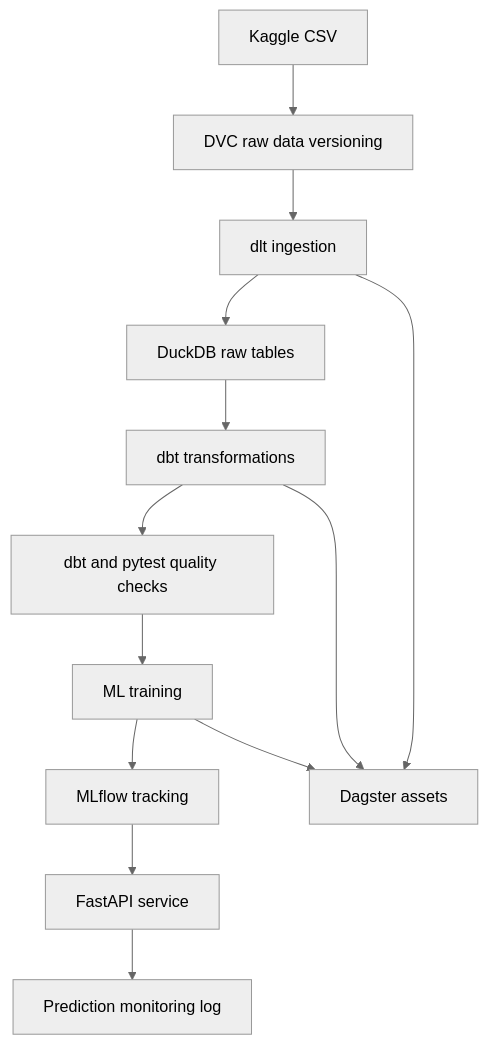
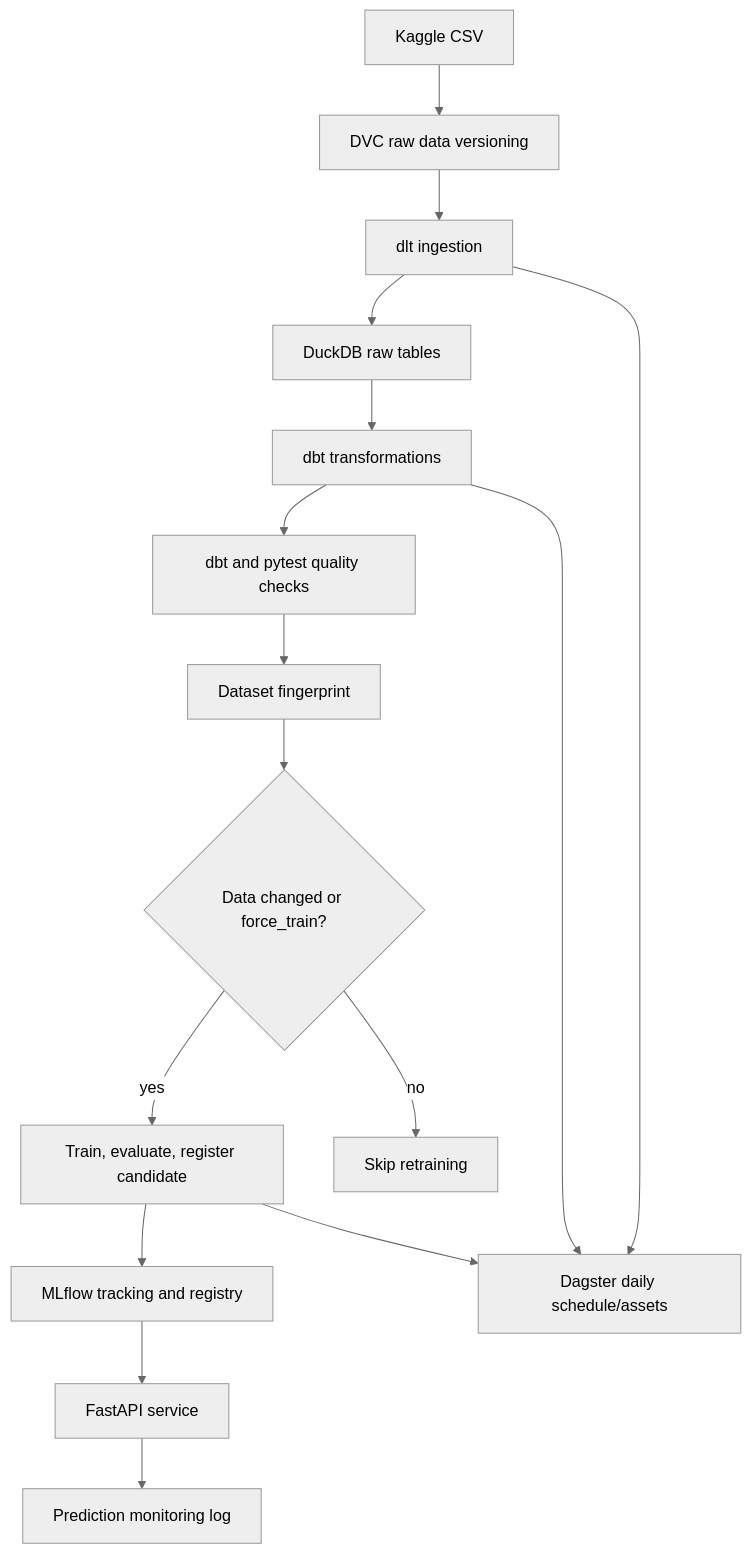
One commit to Bahriilhame/Mlops-Project changed the diagram in README.md. Above: the diagram before and after it, drawn with Mermaid (neutral theme). The commit also changed other lines of this file and 15 other files, not shown here.

Commit message:
Refactor MLOps pipeline to integrate Dagster for orchestration and enhance data versioning

````diff
--- a/README.md
+++ b/README.md
@@ -22,15 +22,18 @@
 ```mermaid
 flowchart TD
     A["Kaggle CSV"] --> B["DVC raw data versioning"]
     B --> C["dlt ingestion"]
     C --> D["DuckDB raw tables"]
     D --> E["dbt transformations"]
     E --> F["dbt and pytest quality checks"]
-    F --> G["ML training"]
-    G --> H["MLflow tracking"]
-    H --> I["FastAPI service"]
-    I --> J["Prediction monitoring log"]
-    C --> K["Dagster assets"]
-    E --> K
-    G --> K
+    F --> G["Dataset fingerprint"]
+    G --> H{"Data changed or force_train?"}
+    H -->|yes| I["Train, evaluate, register candidate"]
+    H -->|no| J["Skip retraining"]
+    I --> K["MLflow tracking and registry"]
+    K --> L["FastAPI service"]
+    L --> M["Prediction monitoring log"]
+    C --> N["Dagster daily schedule/assets"]
+    E --> N
+    I --> N
 ```
````
